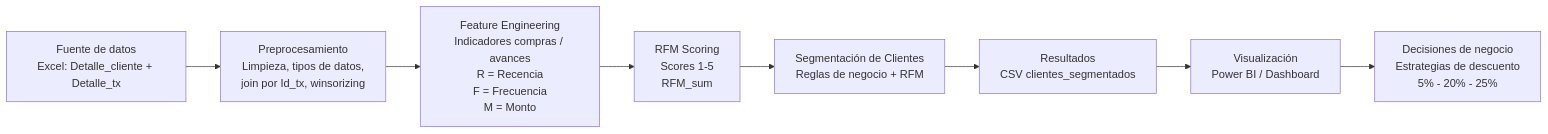
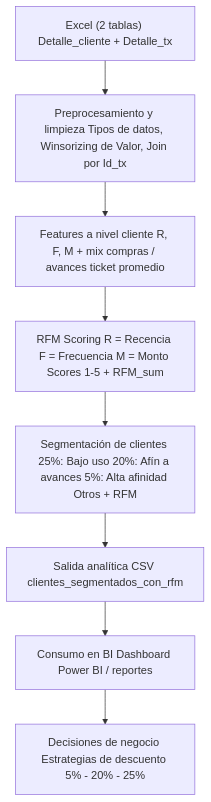
One commit to karenciaAO/prueba-tecnica-bi-portafolio-clientes changed the diagram in README.md. Above: the diagram before and after it, drawn with Mermaid. The commit also changed other lines of this file, not shown here.

Commit message:
notebook depurada

````diff
--- a/README.md
+++ b/README.md
@@ -12,19 +12,16 @@
 ```mermaid
-flowchart LR
+flowchart TD
+    A["Excel (2 tablas) Detalle_cliente + Detalle_tx"] --> B["Preprocesamiento y limpieza Tipos de datos, Winsorizing de Valor, Join por Id_tx"]
 
-    A["Fuente de datos\nExcel: Detalle_cliente + Detalle_tx"] 
-        --> B["Preprocesamiento\nLimpieza, tipos de datos,\njoin por Id_tx, winsorizing"]
+    B --> C["Features a nivel cliente R, F, M + mix compras / avances ticket promedio"]
 
-    B --> C["Feature Engineering\nIndicadores compras / avances\nR = Recencia\nF = Frecuencia\nM = Monto"]
+    C --> D["RFM Scoring R = Recencia F = Frecuencia M = Monto Scores 1-5 + RFM_sum"]
 
-    C --> D["RFM Scoring\nScores 1-5\nRFM_sum"]
+    D --> E["Segmentación de clientes 25%: Bajo uso 20%: Afín a avances 5%: Alta afinidad Otros + RFM"]
 
-    D --> E["Segmentación de Clientes\nReglas de negocio + RFM"]
+    E --> F["Salida analítica CSV clientes_segmentados_con_rfm"]
 
-    E --> F["Resultados\nCSV clientes_segmentados"]
+    F --> G["Consumo en BI Dashboard Power BI / reportes"]
 
-    F --> G["Visualización\nPower BI / Dashboard"]
-
-    G --> H["Decisiones de negocio\nEstrategias de descuento\n5% - 20% - 25%"]
-
+    G --> H["Decisiones de negocio Estrategias de descuento 5% - 20% - 25%"]
 ```
````
